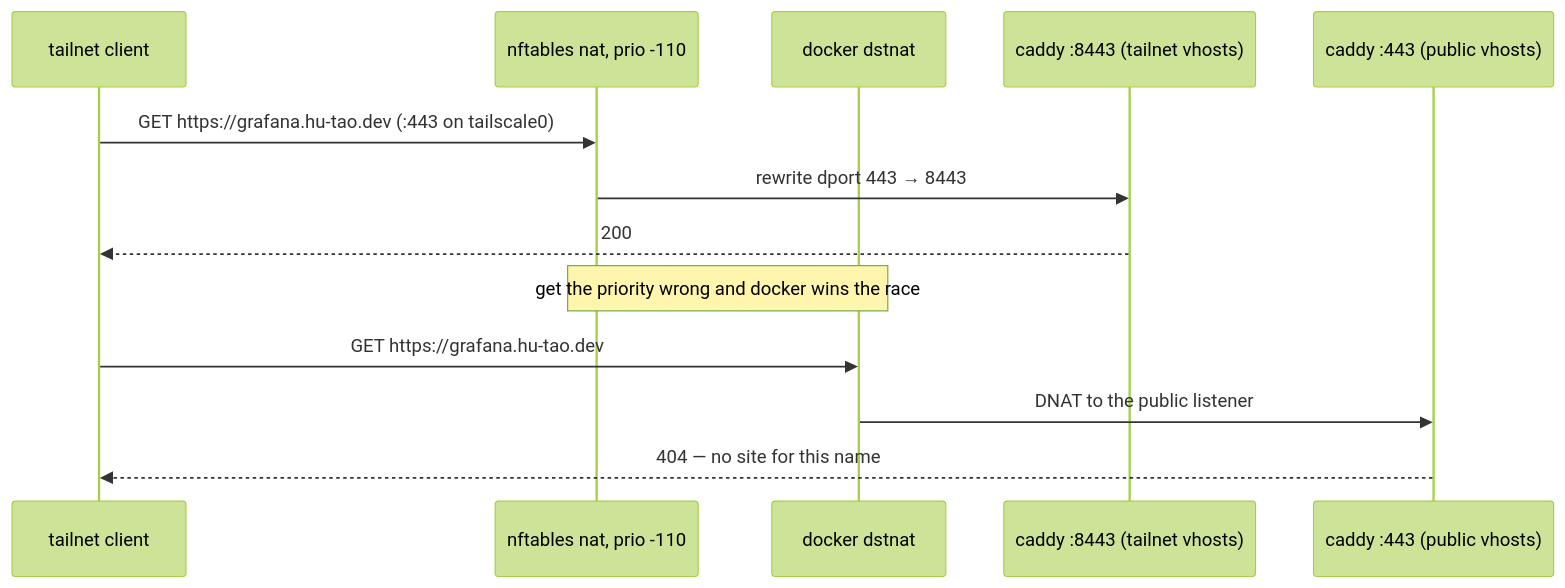
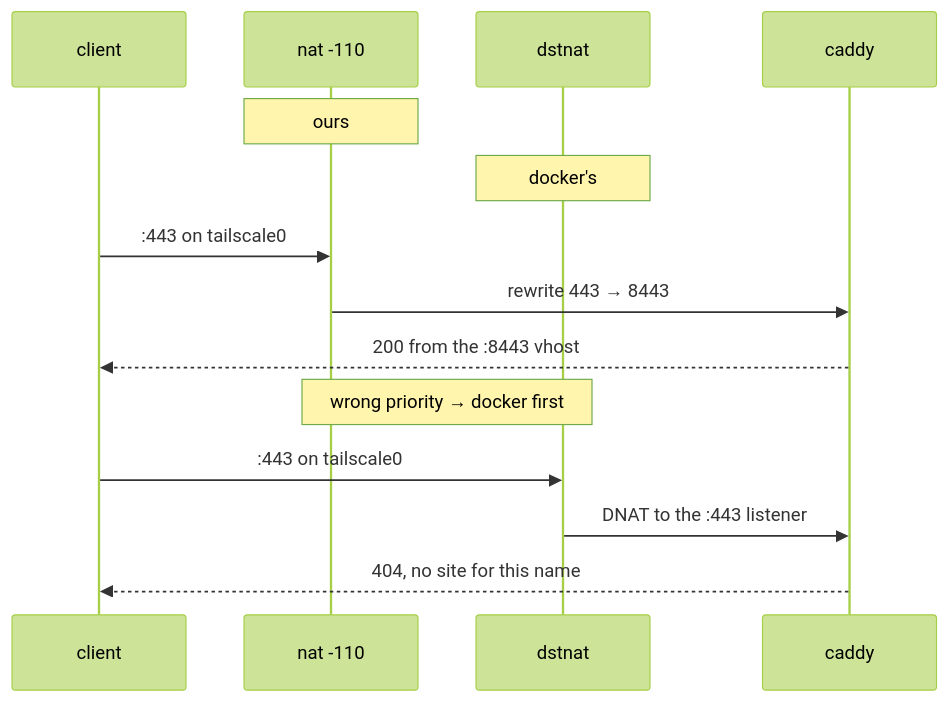
Before and after one commit to 1Git2Clone/vps: the second of 2 diagrams in docs/src/architecture/network.md, drawn with Mermaid (forest theme). The commit also changed 8 other files, not shown here.

````diff
--- a/docs/src/architecture/network.md
+++ b/docs/src/architecture/network.md
@@ -96,16 +96,17 @@
 ```mermaid
 sequenceDiagram
-    participant C as tailnet client
-    participant N as nftables nat, prio -110
-    participant D as docker dstnat
-    participant P as caddy :8443 (tailnet vhosts)
-    participant X as caddy :443 (public vhosts)
+    participant C as client
+    participant N as nat -110
+    participant D as dstnat
+    participant P as caddy
 
-    C->>N: GET https://grafana.hu-tao.dev (:443 on tailscale0)
-    N->>P: rewrite dport 443 → 8443
-    P-->>C: 200
-    Note over N,D: get the priority wrong and docker wins the race
-    C->>D: GET https://grafana.hu-tao.dev
-    D->>X: DNAT to the public listener
-    X-->>C: 404 — no site for this name
+    Note over N: ours
+    Note over D: docker's
+    C->>N: :443 on tailscale0
+    N->>P: rewrite 443 → 8443
+    P-->>C: 200 from the :8443 vhost
+    Note over N,D: wrong priority → docker first
+    C->>D: :443 on tailscale0
+    D->>P: DNAT to the :443 listener
+    P-->>C: 404, no site for this name
 ```
````
